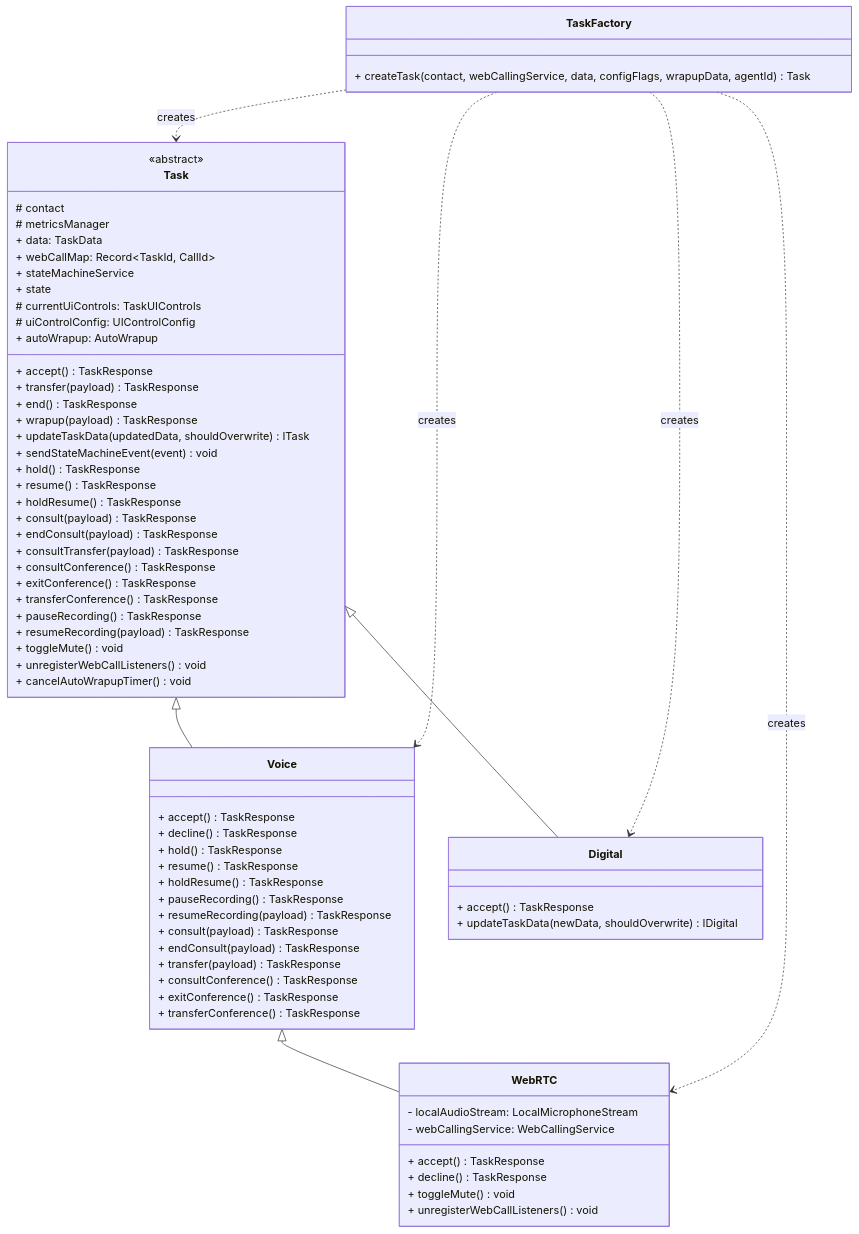
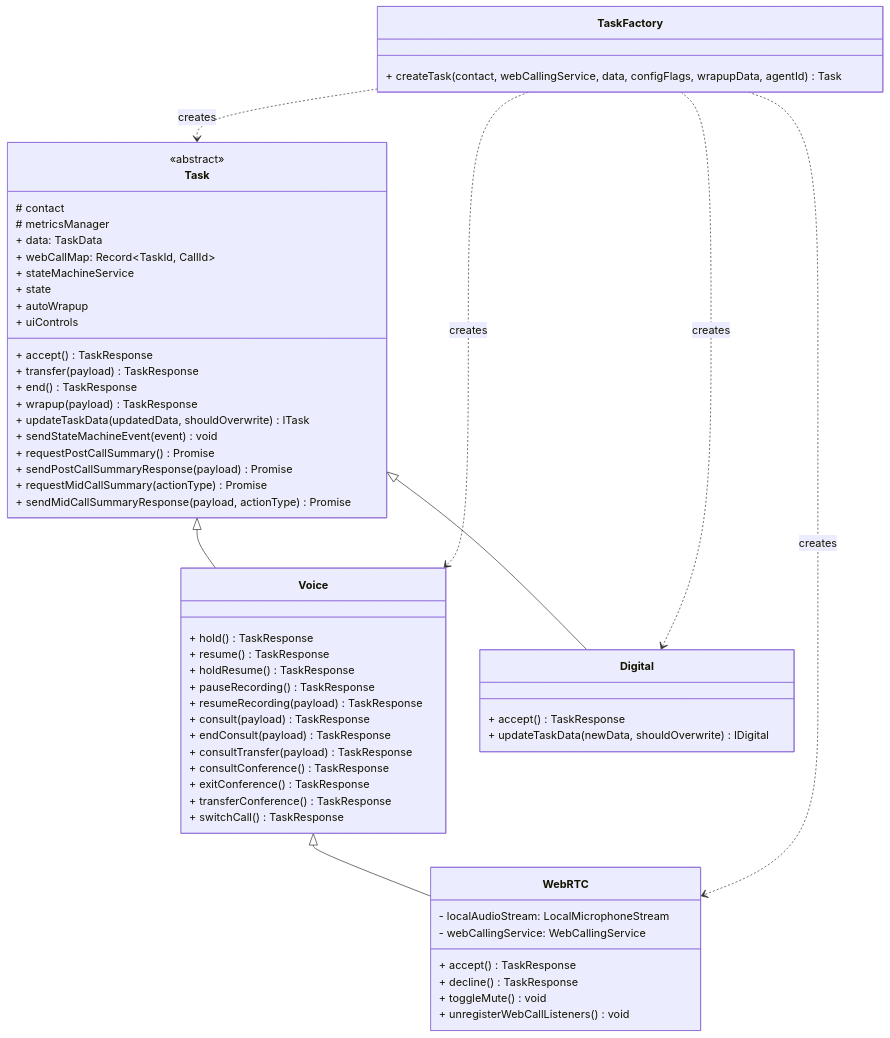
The first of 7 diagrams in packages/@webex/contact-center/src/services/task/ai-docs/ARCHITECTURE.md (webex/webex-js-sdk), drawn with Mermaid before and after one commit. The commit also changed other lines of this file and 39 other files, not shown here.

````diff
--- a/packages/@webex/contact-center/src/services/task/ai-docs/ARCHITECTURE.md
+++ b/packages/@webex/contact-center/src/services/task/ai-docs/ARCHITECTURE.md
@@ -110,78 +89,65 @@
 ```mermaid
 classDiagram
     class Task {
       <<abstract>>
       # contact
       # metricsManager
       + data: TaskData
       + webCallMap: Record~TaskId, CallId~
       + stateMachineService
       + state
-      # currentUiControls: TaskUIControls
-      # uiControlConfig: UIControlConfig
-      + autoWrapup: AutoWrapup
+      + autoWrapup
+      + uiControls
       + accept() TaskResponse
       + transfer(payload) TaskResponse
       + end() TaskResponse
       + wrapup(payload) TaskResponse
       + updateTaskData(updatedData, shouldOverwrite) ITask
       + sendStateMachineEvent(event) void
-      + hold() TaskResponse
-      + resume() TaskResponse
-      + holdResume() TaskResponse
-      + consult(payload) TaskResponse
-      + endConsult(payload) TaskResponse
-      + consultTransfer(payload) TaskResponse
-      + consultConference() TaskResponse
-      + exitConference() TaskResponse
-      + transferConference() TaskResponse
-      + pauseRecording() TaskResponse
-      + resumeRecording(payload) TaskResponse
-      + toggleMute() void
-      + unregisterWebCallListeners() void
-      + cancelAutoWrapupTimer() void
+      + requestPostCallSummary() Promise
+      + sendPostCallSummaryResponse(payload) Promise
+      + requestMidCallSummary(actionType) Promise
+      + sendMidCallSummaryResponse(payload, actionType) Promise
     }
 
     class Voice {
-      + accept() TaskResponse
-      + decline() TaskResponse
       + hold() TaskResponse
       + resume() TaskResponse
       + holdResume() TaskResponse
       + pauseRecording() TaskResponse
       + resumeRecording(payload) TaskResponse
       + consult(payload) TaskResponse
       + endConsult(payload) TaskResponse
-      + transfer(payload) TaskResponse
+      + consultTransfer(payload) TaskResponse
       + consultConference() TaskResponse
       + exitConference() TaskResponse
       + transferConference() TaskResponse
+      + switchCall() TaskResponse
     }
 
     class WebRTC {
       - localAudioStream: LocalMicrophoneStream
       - webCallingService: WebCallingService
       + accept() TaskResponse
       + decline() TaskResponse
       + toggleMute() void
       + unregisterWebCallListeners() void
     }
 
     class Digital {
       + accept() TaskResponse
       + updateTaskData(newData, shouldOverwrite) IDigital
     }
 
     class TaskFactory {
       + createTask(contact, webCallingService, data, configFlags, wrapupData, agentId) Task
     }
 
     Task <|-- Voice
     Voice <|-- WebRTC
     Task <|-- Digital
-
     TaskFactory ..> Task : creates
     TaskFactory ..> Voice : creates
     TaskFactory ..> WebRTC : creates
     TaskFactory ..> Digital : creates
 ```
````
